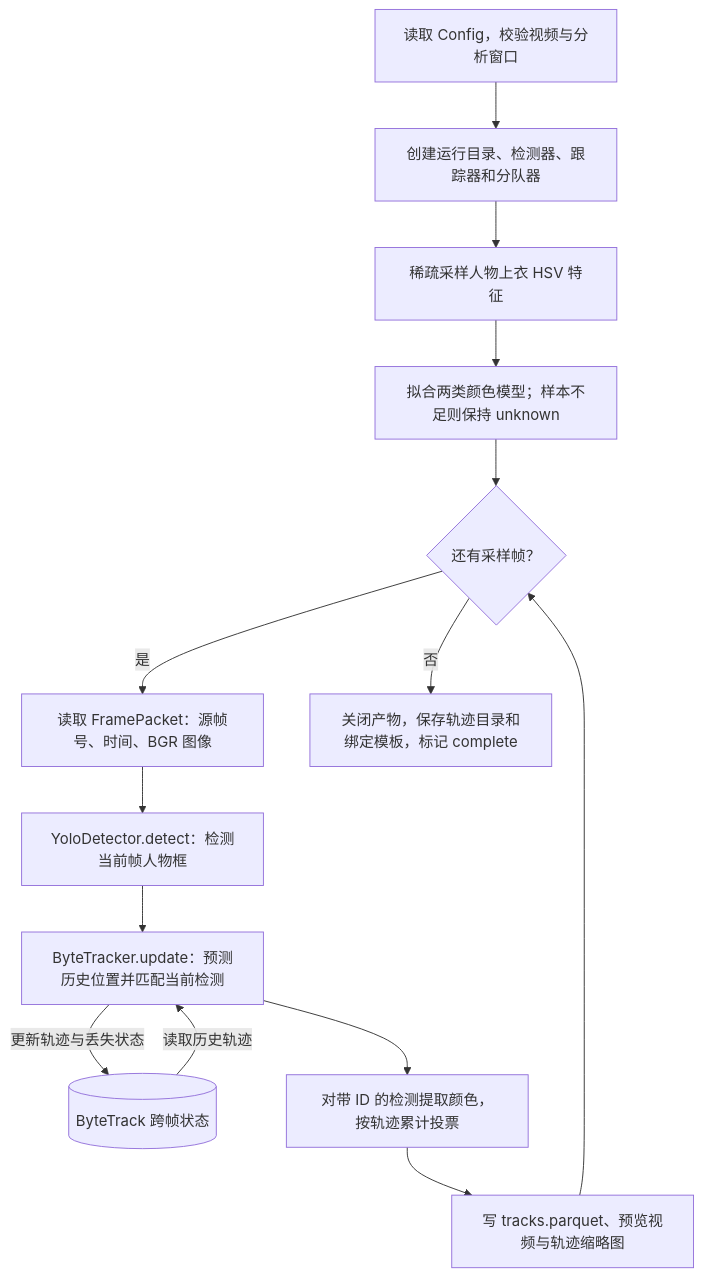
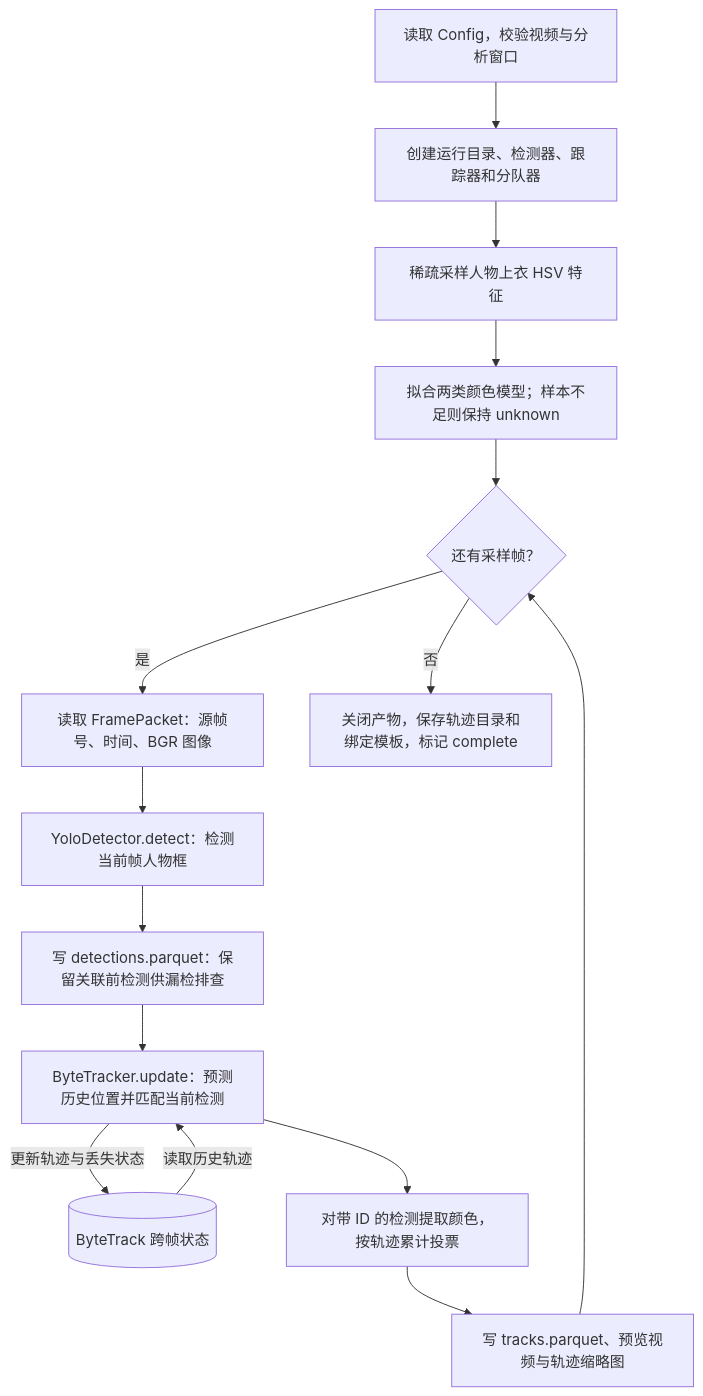
Before and after one commit to JXC-jin/Footballer-Analyzer: the second of 5 diagrams in docs/07-架构设计与最小闭环.md, drawn with Mermaid. The commit also changed other lines of this file and 6 other files, not shown here.

````diff
--- a/docs/07-架构设计与最小闭环.md
+++ b/docs/07-架构设计与最小闭环.md
@@ -48,16 +48,17 @@
 ```mermaid
 flowchart TD
     Start["读取 Config，校验视频与分析窗口"] --> Init["创建运行目录、检测器、跟踪器和分队器"]
     Init --> Sample["稀疏采样人物上衣 HSV 特征"]
     Sample --> Fit["拟合两类颜色模型；样本不足则保持 unknown"]
     Fit --> More{"还有采样帧？"}
     More -->|是| Frame["读取 FramePacket：源帧号、时间、BGR 图像"]
     Frame --> Detect["YoloDetector.detect：检测当前帧人物框"]
-    Detect --> Associate["ByteTracker.update：预测历史位置并匹配当前检测"]
+    Detect --> Raw["写 detections.parquet：保留关联前检测供漏检排查"]
+    Raw --> Associate["ByteTracker.update：预测历史位置并匹配当前检测"]
     Memory[("ByteTrack 跨帧状态")] -->|读取历史轨迹| Associate
     Associate -->|更新轨迹与丢失状态| Memory
     Associate --> Team["对带 ID 的检测提取颜色，按轨迹累计投票"]
     Team --> Save["写 tracks.parquet、预览视频与轨迹缩略图"]
     Save --> More
     More -->|否| Finish["关闭产物，保存轨迹目录和绑定模板，标记 complete"]
 ```
````
